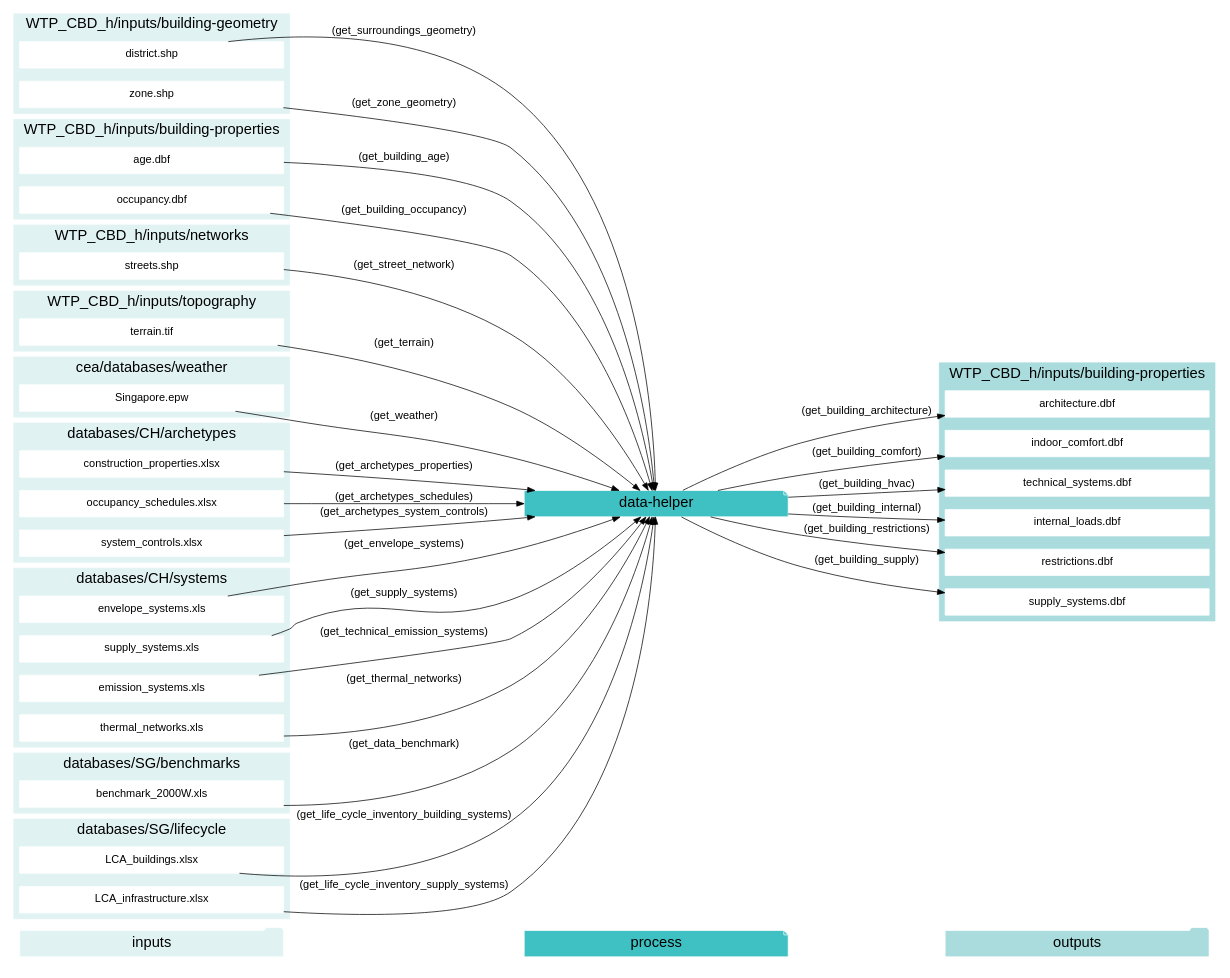
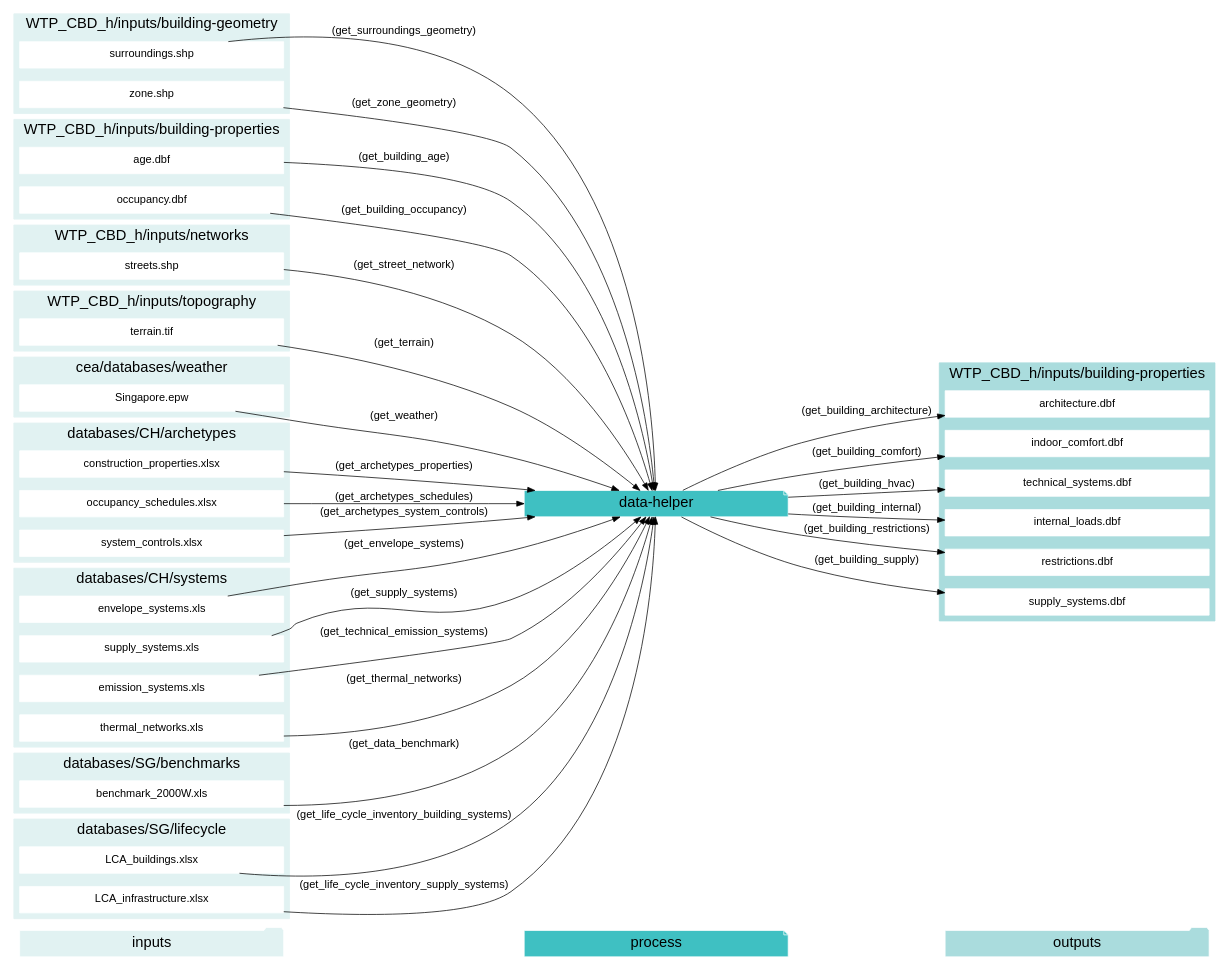
One commit to architecture-building-systems/CityEnergyAnalyst changed the second of 12 diagrams in docs/script-data-flow.rst. Above: the diagram before and after it, drawn with Graphviz. The commit also changed other lines of this file and 41 other files, not shown here.

Commit message:
renaming district to surroundings

```diff
--- a/docs/script-data-flow.rst
+++ b/docs/script-data-flow.rst
@@ -173,7 +173,7 @@
         fontsize = 20;
         rank=same;
         label="WTP_CBD_h/inputs/building-geometry";
-        "district.shp"
+        "surroundings.shp"
         "zone.shp"
     }
     subgraph cluster_1_in {
@@ -266,7 +266,7 @@
     "age.dbf" -> "data-helper"[label="(get_building_age)"]
     "occupancy.dbf" -> "data-helper"[label="(get_building_occupancy)"]
     "benchmark_2000W.xls" -> "data-helper"[label="(get_data_benchmark)"]
-    "district.shp" -> "data-helper"[label="(get_surroundings_geometry)"]
+    "surroundings.shp" -> "data-helper"[label="(get_surroundings_geometry)"]
     "envelope_systems.xls" -> "data-helper"[label="(get_envelope_systems)"]
     "LCA_buildings.xlsx" -> "data-helper"[label="(get_life_cycle_inventory_building_systems)"]
     "LCA_infrastructure.xlsx" -> "data-helper"[label="(get_life_cycle_inventory_supply_systems)"]
```
